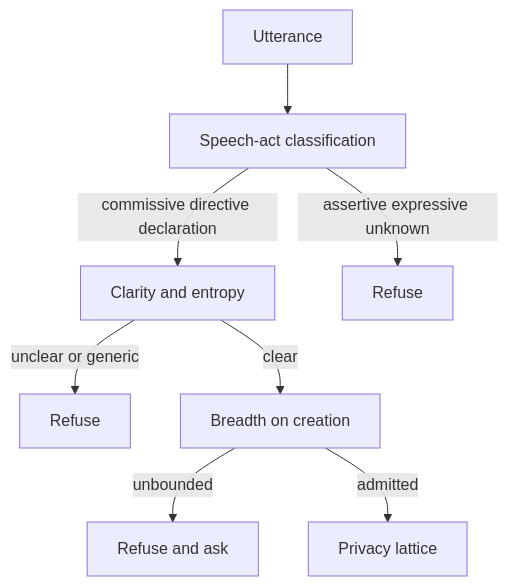
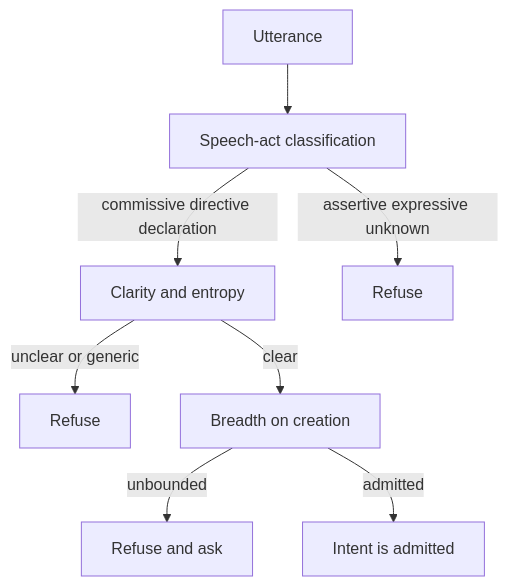
Before and after one commit to indexnetwork/index: the diagram in apps/docs/src/pages/intent.mdx, drawn with Mermaid. The commit also changed other lines of this file and 7 other files, not shown here.

````diff
--- a/apps/docs/src/pages/intent.mdx
+++ b/apps/docs/src/pages/intent.mdx
@@ -24,10 +24,10 @@
 ```mermaid
 flowchart TD
     Utterance[Utterance] --> Classify[Speech-act classification]
     Classify -->|commissive directive declaration| Clarity[Clarity and entropy]
     Classify -->|assertive expressive unknown| DropNoise[Refuse]
     Clarity -->|unclear or generic| DropVague[Refuse]
     Clarity -->|clear| Breadth[Breadth on creation]
     Breadth -->|unbounded| DropBroad[Refuse and ask]
-    Breadth -->|admitted| Privacy[Privacy lattice]
+    Breadth -->|admitted| Admitted[Intent is admitted]
 ```
````
